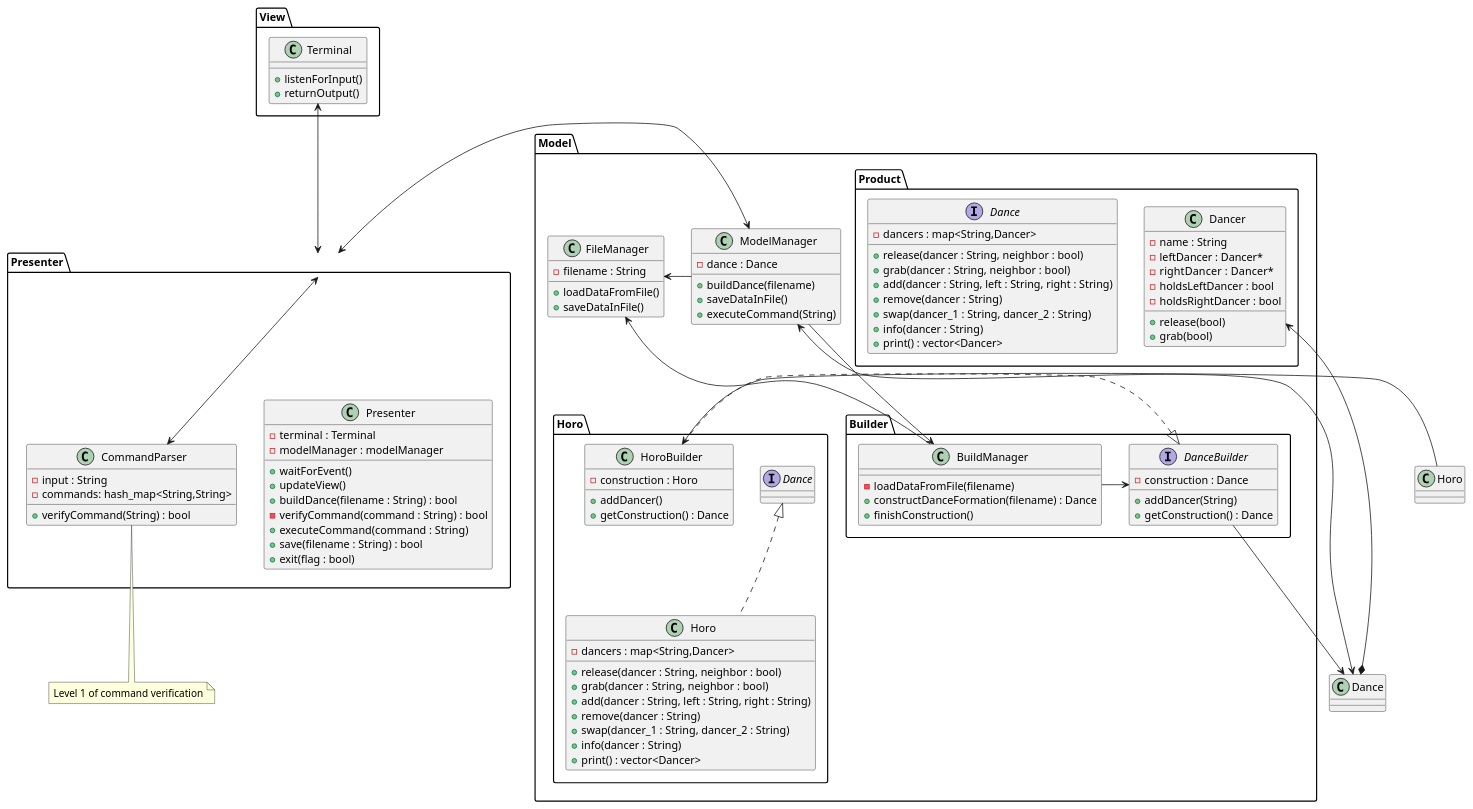
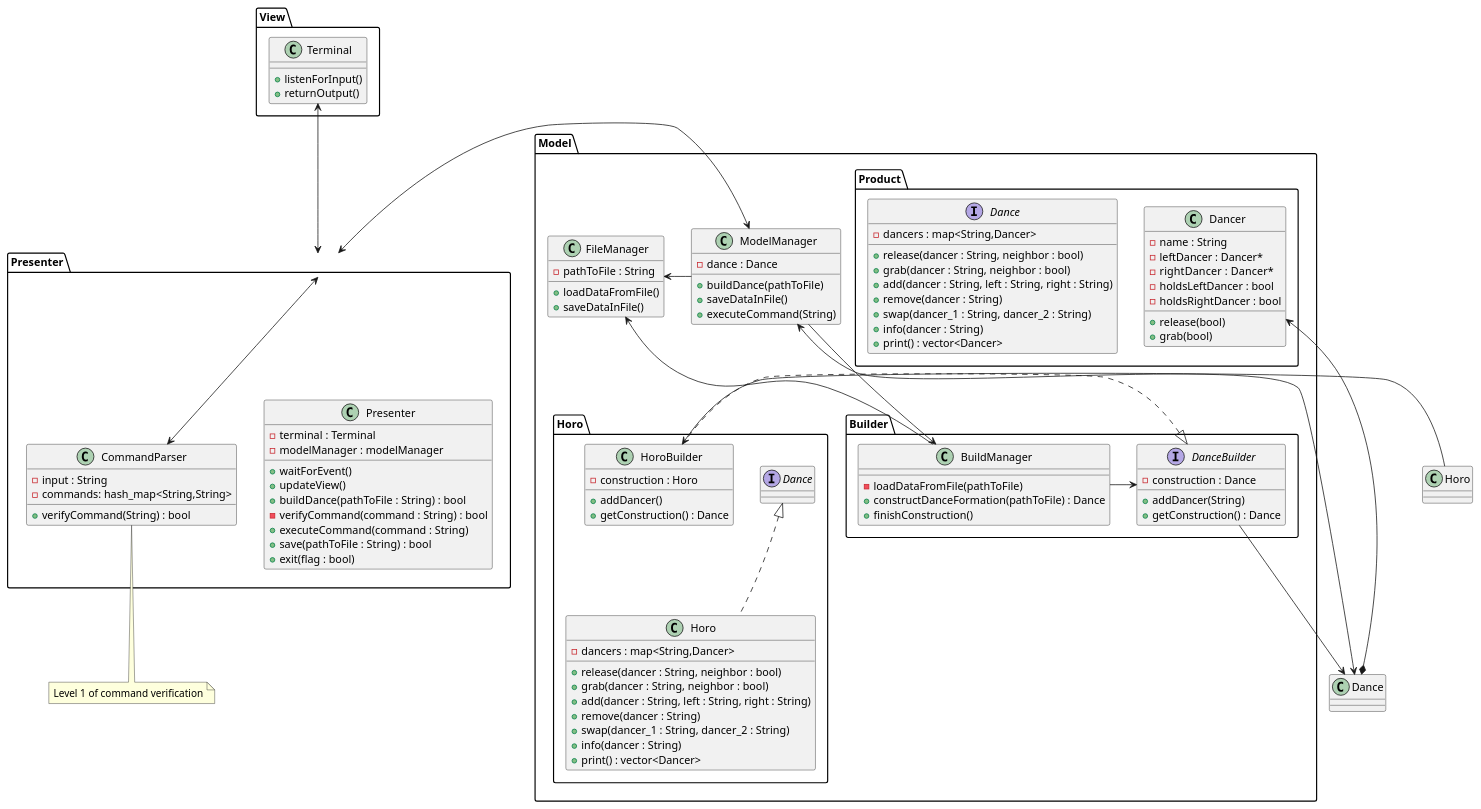
One commit to DNaydenov/HORO-Project changed the diagram in UML diagrams/class_diagram.puml. Above: the diagram before and after it, drawn with PlantUML. The commit also changed 11 other files, not shown here.

```diff
--- a/UML diagrams/class_diagram.puml
+++ b/UML diagrams/class_diagram.puml
@@ -1,120 +1,120 @@
 @startuml
 
 package View {
 class Terminal {
 + listenForInput()
 + returnOutput()
 }
 }
 
 package Presenter {
 
 class Presenter {
 - terminal : Terminal
 - modelManager : modelManager
 + waitForEvent()
 + updateView()
-+ buildDance(filename : String) : bool
++ buildDance(pathToFile : String) : bool
 - verifyCommand(command : String) : bool
 + executeCommand(command : String)
-+ save(filename : String) : bool
++ save(pathToFile : String) : bool
 + exit(flag : bool)
 }
 
 class CommandParser {
 - input : String
 - commands: hash_map<String,String>
 + verifyCommand(String) : bool
 }
 }
 
 package Model {
 
 class ModelManager {
 - dance : Dance
-+ buildDance(filename)
++ buildDance(pathToFile)
 + saveDataInFile()
 + executeCommand(String)
 }
 
 class FileManager {
-- filename : String
+- pathToFile : String
 + loadDataFromFile()
 + saveDataInFile()
 }
 
 package Builder {
 class BuildManager {
-- loadDataFromFile(filename)
-+ constructDanceFormation(filename) : Dance
+- loadDataFromFile(pathToFile)
++ constructDanceFormation(pathToFile) : Dance
 + finishConstruction()
 }
 
 interface DanceBuilder {
 - construction : Dance
 + addDancer(String)
 + getConstruction() : Dance
 }
 }
 
 package Product {
 class Dancer {
 - name : String
 - leftDancer : Dancer* 
 - rightDancer :  Dancer* 
 - holdsLeftDancer : bool
 - holdsRightDancer : bool
 + release(bool)
 + grab(bool)
 }
 
 interface Dance {
 - dancers : map<String,Dancer>
 + release(dancer : String, neighbor : bool)
 + grab(dancer : String, neighbor : bool)
 + add(dancer : String, left : String, right : String)
 + remove(dancer : String)
 + swap(dancer_1 : String, dancer_2 : String)
 + info(dancer : String)
 + print() : vector<Dancer>
 }
 }
 
 package Horo {
 class Horo implements Dance {
 - dancers : map<String,Dancer>
 + release(dancer : String, neighbor : bool)
 + grab(dancer : String, neighbor : bool)
 + add(dancer : String, left : String, right : String)
 + remove(dancer : String)
 + swap(dancer_1 : String, dancer_2 : String)
 + info(dancer : String)
 + print() : vector<Dancer>
 }
 
 class HoroBuilder {
 - construction : Horo
 + addDancer()
 + getConstruction() : Dance
 }
 }
 }
 
 Terminal <--> Presenter
 Presenter <-down-> CommandParser
 ModelManager <-left-> Presenter
 ModelManager <--> Dance
 ModelManager -right-> FileManager
 FileManager <-- BuildManager
 ModelManager -right-> BuildManager
 BuildManager -right-> DanceBuilder
 DanceBuilder --> Dance
 HoroBuilder .left.|> DanceBuilder
 Dancer <-right-* Dance
 Horo -right-> HoroBuilder
 
 
 note bottom of CommandParser : Level 1 of command verification
 
 
 @enduml
```
